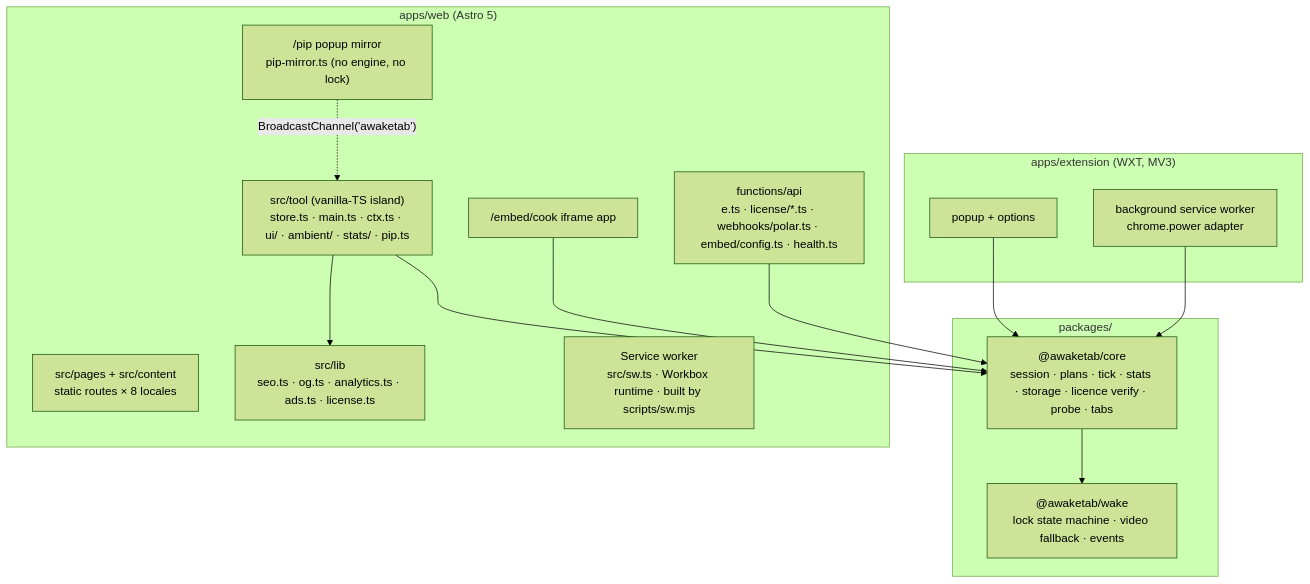
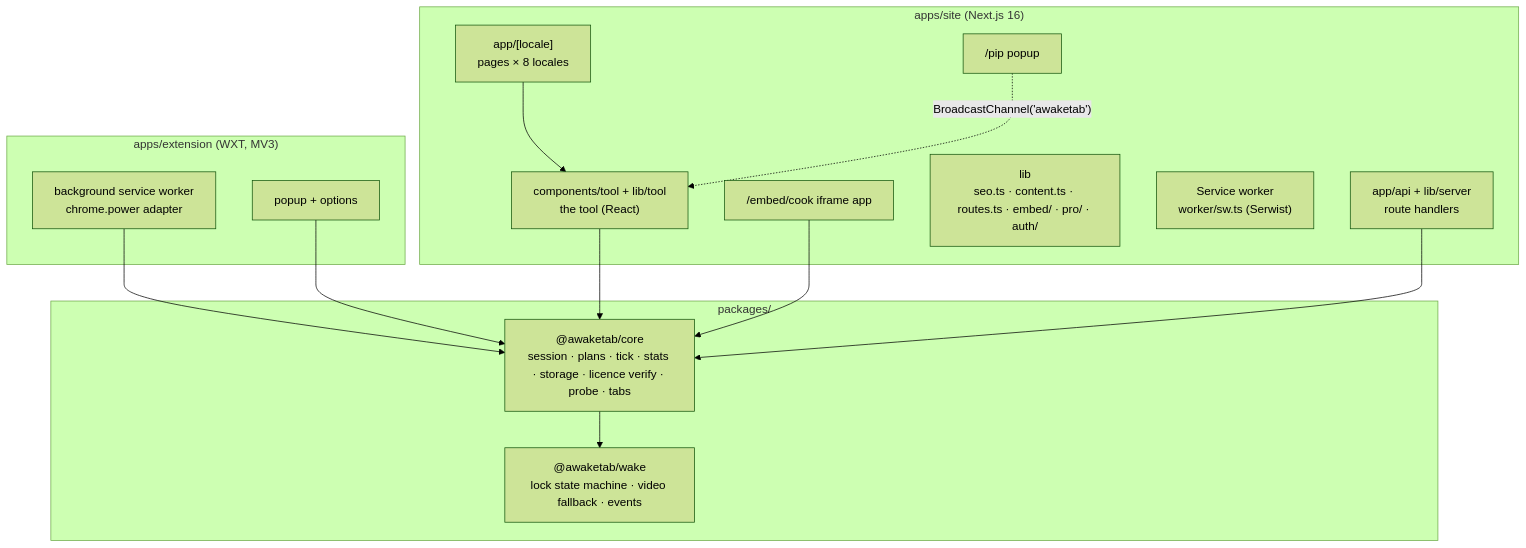
The second of 4 diagrams in docs/03-architecture.md (soubhik-biswas/awaketab), drawn with Mermaid (forest theme) before and after one commit. The commit also changed other lines of this file and 37 other files, not shown here.

````diff
--- a/docs/03-architecture.md
+++ b/docs/03-architecture.md
@@ -72,28 +71,28 @@
 ```mermaid
 flowchart TB
   subgraph packages["packages/"]
     wake["@awaketab/wake<br/>lock state machine · video fallback · events"]
     core["@awaketab/core<br/>session · plans · tick · stats · storage · licence verify · probe · tabs"]
   end
-  subgraph web["apps/web (Astro 5)"]
-    pagesDir["src/pages + src/content<br/>static routes × 8 locales"]
-    island["src/tool (vanilla-TS island)<br/>store.ts · main.ts · ctx.ts · ui/ · ambient/ · stats/ · pip.ts"]
+  subgraph site["apps/site (Next.js 16)"]
+    routes["app/[locale]<br/>pages × 8 locales"]
+    tool["components/tool + lib/tool<br/>the tool (React)"]
     embedApp["/embed/cook iframe app"]
-    pipPage["/pip popup mirror<br/>pip-mirror.ts (no engine, no lock)"]
-    lib["src/lib<br/>seo.ts · og.ts · analytics.ts · ads.ts · license.ts"]
-    sw["Service worker<br/>src/sw.ts · Workbox runtime · built by scripts/sw.mjs"]
-    fns["functions/api<br/>e.ts · license/*.ts · webhooks/polar.ts · embed/config.ts · health.ts"]
+    pipPage["/pip popup"]
+    lib["lib<br/>seo.ts · content.ts · routes.ts · embed/ · pro/ · auth/"]
+    sw["Service worker<br/>worker/sw.ts (Serwist)"]
+    api["app/api + lib/server<br/>route handlers"]
   end
   subgraph ext["apps/extension (WXT, MV3)"]
     bg["background service worker<br/>chrome.power adapter"]
     popup["popup + options"]
   end
   core --> wake
-  island --> core
+  tool --> core
   embedApp --> core
-  pipPage -. "BroadcastChannel('awaketab')" .-> island
+  pipPage -. "BroadcastChannel('awaketab')" .-> tool
   popup --> core
   bg --> core
-  fns --> core
-  island --> lib
+  api --> core
+  routes --> tool
 ```
````
